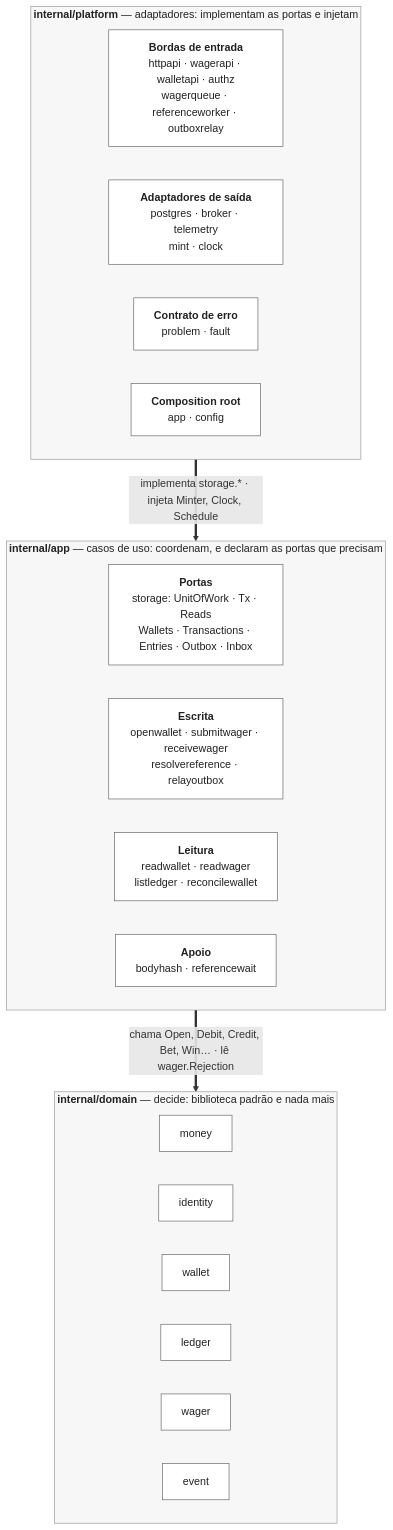
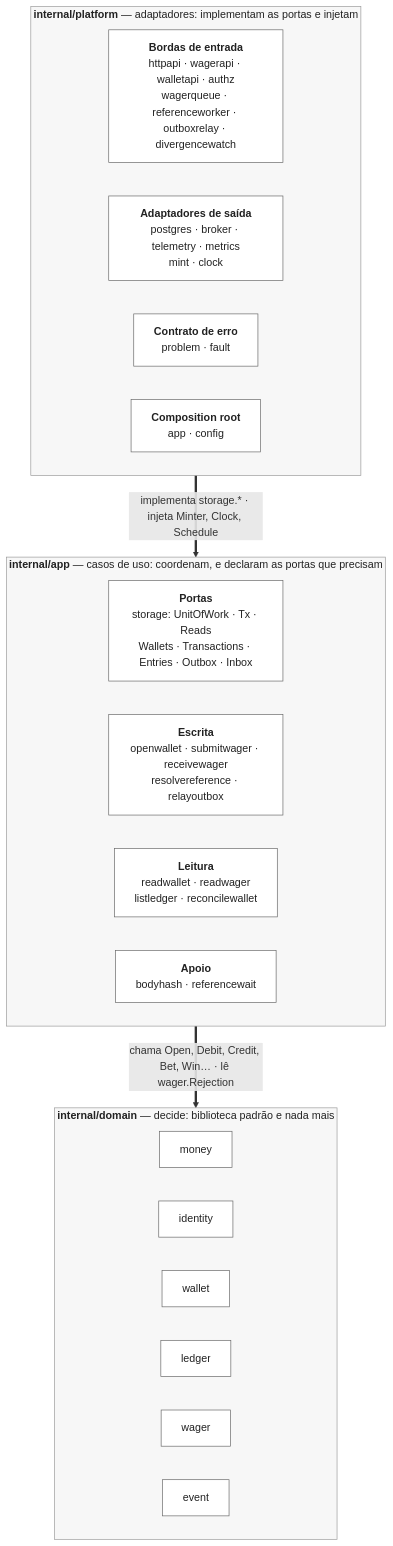
Before and after one commit to cassiusbessa/backend-challenge-go: the third of 3 diagrams in docs/01-contexto.md, drawn with Mermaid. The commit also changed other lines of this file and 5 other files, not shown here.

````diff
--- a/docs/01-contexto.md
+++ b/docs/01-contexto.md
@@ -88,36 +92,36 @@
 ```mermaid
 flowchart TB
     subgraph platform["<b>internal/platform</b> — adaptadores: implementam as portas e injetam"]
         direction LR
-        entrada["<b>Bordas de entrada</b><br/>httpapi · wagerapi · walletapi · authz<br/>wagerqueue · referenceworker · outboxrelay"]
-        saida["<b>Adaptadores de saída</b><br/>postgres · broker · telemetry<br/>mint · clock"]
+        entrada["<b>Bordas de entrada</b><br/>httpapi · wagerapi · walletapi · authz<br/>wagerqueue · referenceworker · outboxrelay · divergencewatch"]
+        saida["<b>Adaptadores de saída</b><br/>postgres · broker · telemetry · metrics<br/>mint · clock"]
         erro["<b>Contrato de erro</b><br/>problem · fault"]
         root["<b>Composition root</b><br/>app · config"]
     end
 
     subgraph application["<b>internal/app</b> — casos de uso: coordenam, e declaram as portas que precisam"]
         direction LR
         storage["<b>Portas</b><br/>storage: UnitOfWork · Tx · Reads<br/>Wallets · Transactions · Entries · Outbox · Inbox"]
         escrita["<b>Escrita</b><br/>openwallet · submitwager · receivewager<br/>resolvereference · relayoutbox"]
         leitura["<b>Leitura</b><br/>readwallet · readwager<br/>listledger · reconcilewallet"]
         apoio["<b>Apoio</b><br/>bodyhash · referencewait"]
     end
 
     subgraph domain["<b>internal/domain</b> — decide: biblioteca padrão e nada mais"]
         direction LR
         money["money"]
         identity["identity"]
         wallet["wallet"]
         ledger["ledger"]
         wager["wager"]
         event["event"]
     end
 
     platform == "implementa storage.* · injeta Minter, Clock, Schedule" ==> application
     application == "chama Open, Debit, Credit, Bet, Win… · lê wager.Rejection" ==> domain
 
     classDef layer fill:#f7f7f7,stroke:#999,color:#222
     classDef box fill:#fff,stroke:#666,color:#222
     class platform,application,domain layer
     class entrada,saida,erro,root,storage,escrita,leitura,apoio,money,identity,wallet,ledger,wager,event box
 ```
````
